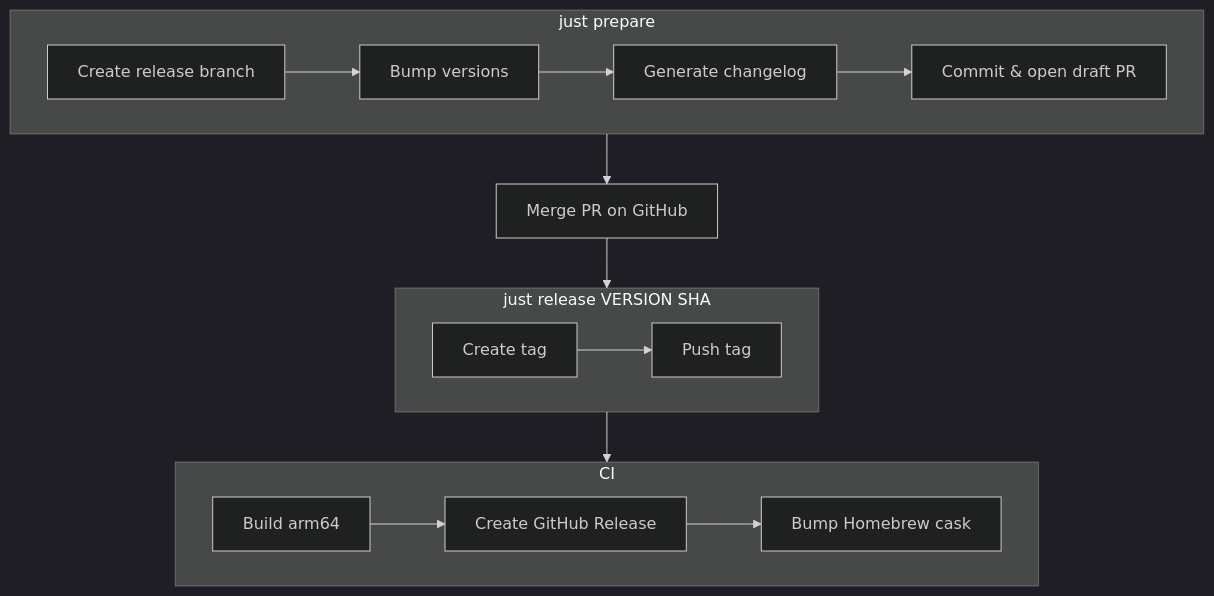
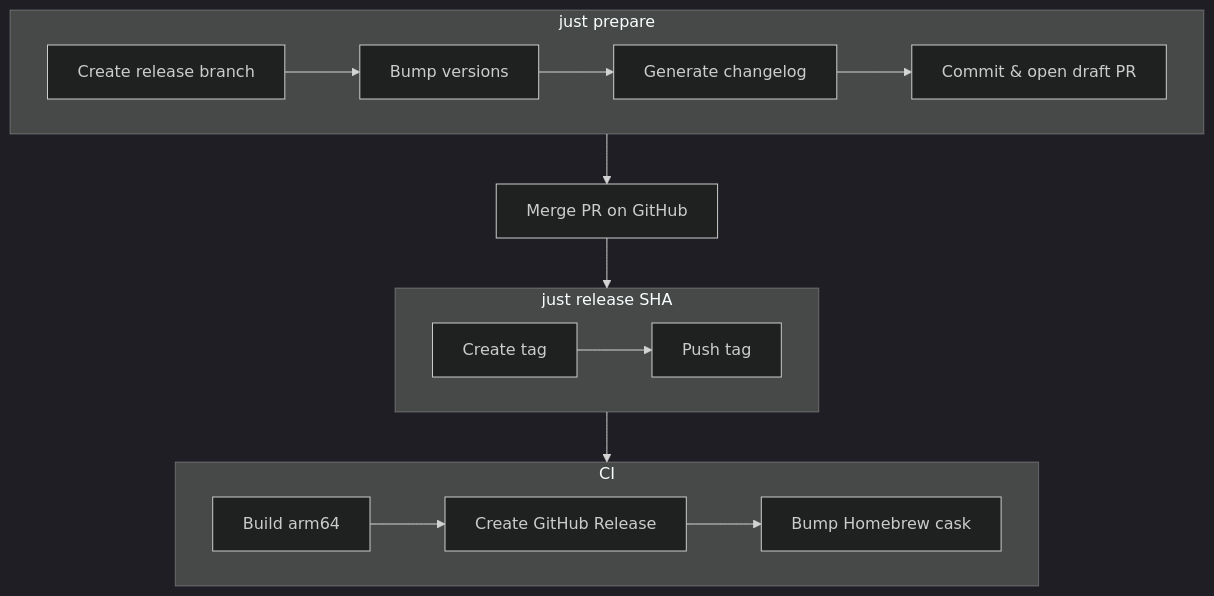
Before and after one commit to block/builderbot: the diagram in apps/penpal/README.md, drawn with Mermaid (dark theme). The commit also changed other lines of this file and 1 other file, not shown here.

First line of the commit message:
fix(penpal): just release reads version from Cargo.toml

````diff
--- a/apps/penpal/README.md
+++ b/apps/penpal/README.md
@@ -68,23 +68,23 @@
 ```mermaid
 flowchart TB
     subgraph prepare ["just prepare"]
         direction LR
         A[Create release branch] --> B[Bump versions] --> C[Generate changelog] --> D[Commit & open draft PR]
     end
 
     prepare --> E[Merge PR on GitHub]
 
-    subgraph release ["just release VERSION SHA"]
+    subgraph release ["just release SHA"]
         direction LR
         F[Create tag] --> G[Push tag]
     end
 
     E --> release
 
     subgraph ci [CI]
         direction LR
         I[Build arm64] --> J[Create GitHub Release] --> K[Bump Homebrew cask]
     end
 
     release --> ci
 ```
````
